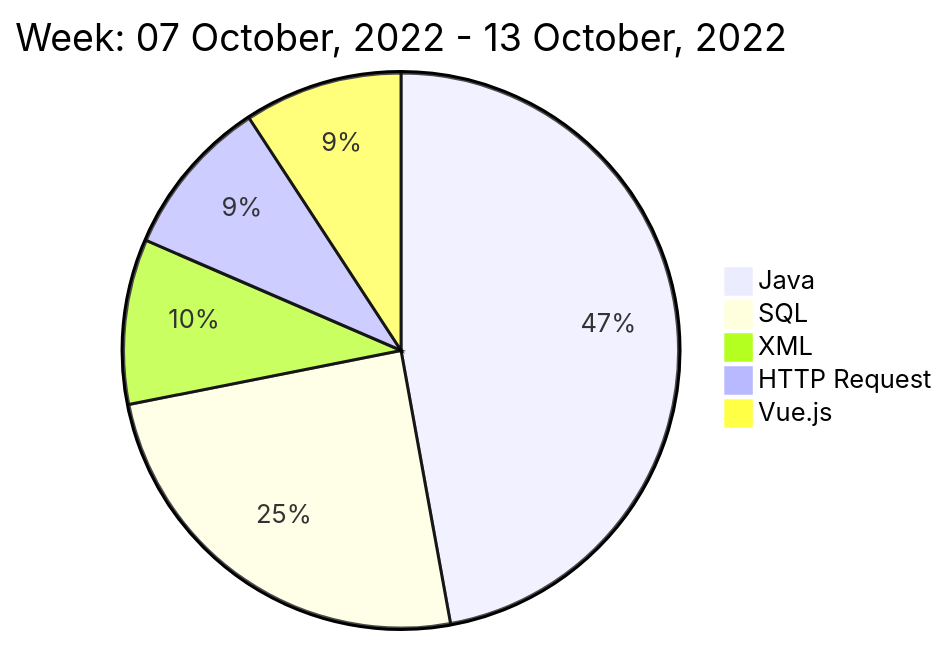
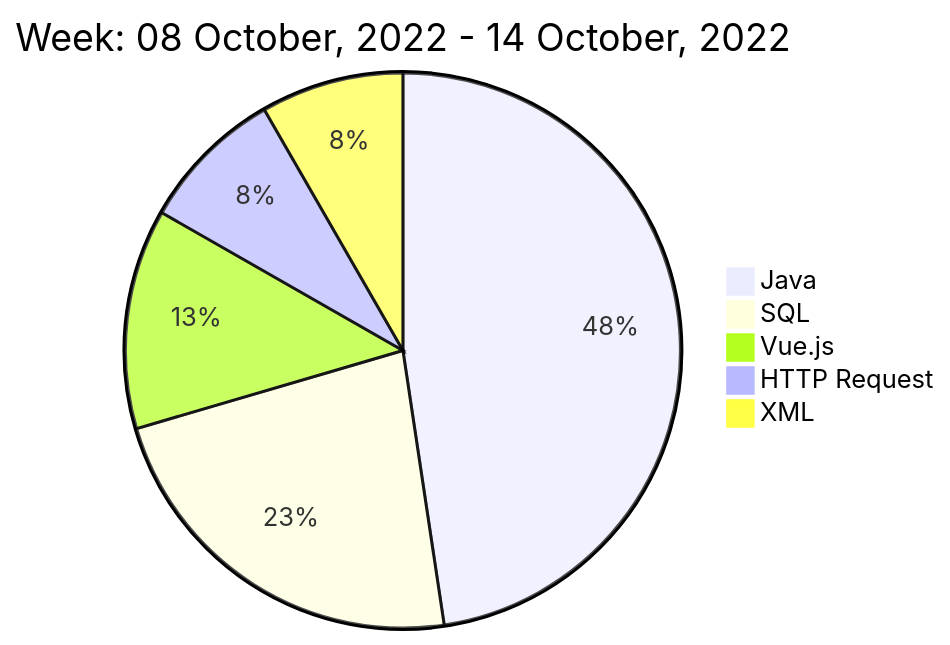
One commit to liubin95/liubin95 changed the diagram in README.md. Above: the diagram before and after it, drawn with Mermaid.

Commit message:
Updated the Graph with new Metrics

````diff
--- a/README.md
+++ b/README.md
@@ -40,9 +40,9 @@
 ```mermaid
  pie
-title Week: 07 October, 2022 - 13 October, 2022
- "Java" : 10.9
- "SQL" : 5.72
+title Week: 08 October, 2022 - 14 October, 2022
+ "Java" : 12.72
+ "SQL" : 6.1
+ "Vue.js" : 3.42
+ "HTTP Request" : 2.25
  "XML" : 2.22
- "HTTP Request" : 2.15
- "Vue.js" : 2.13
 ```
````
